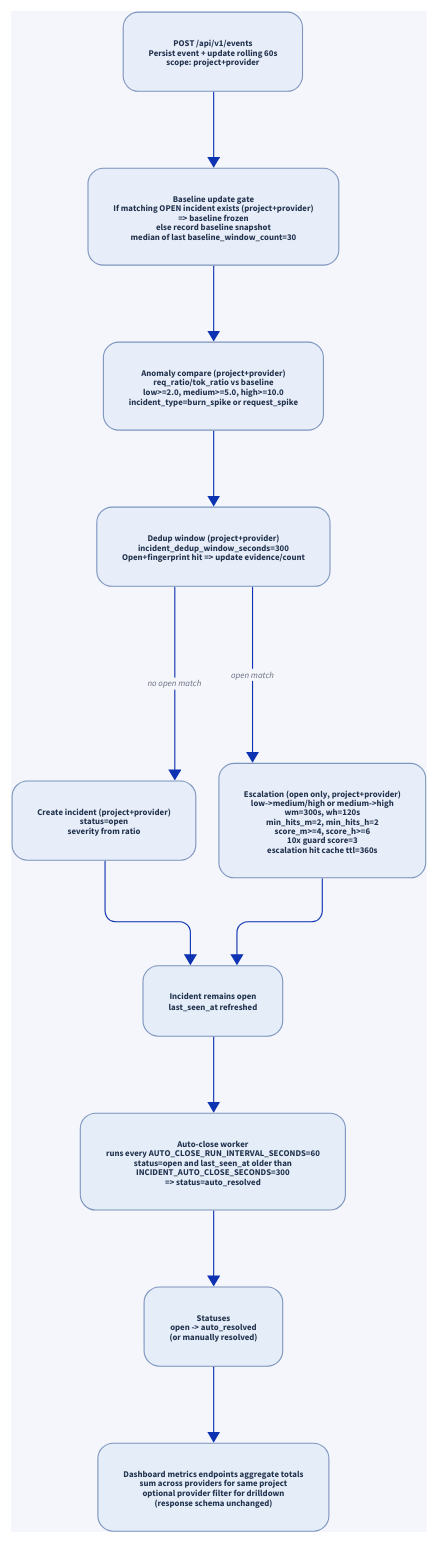
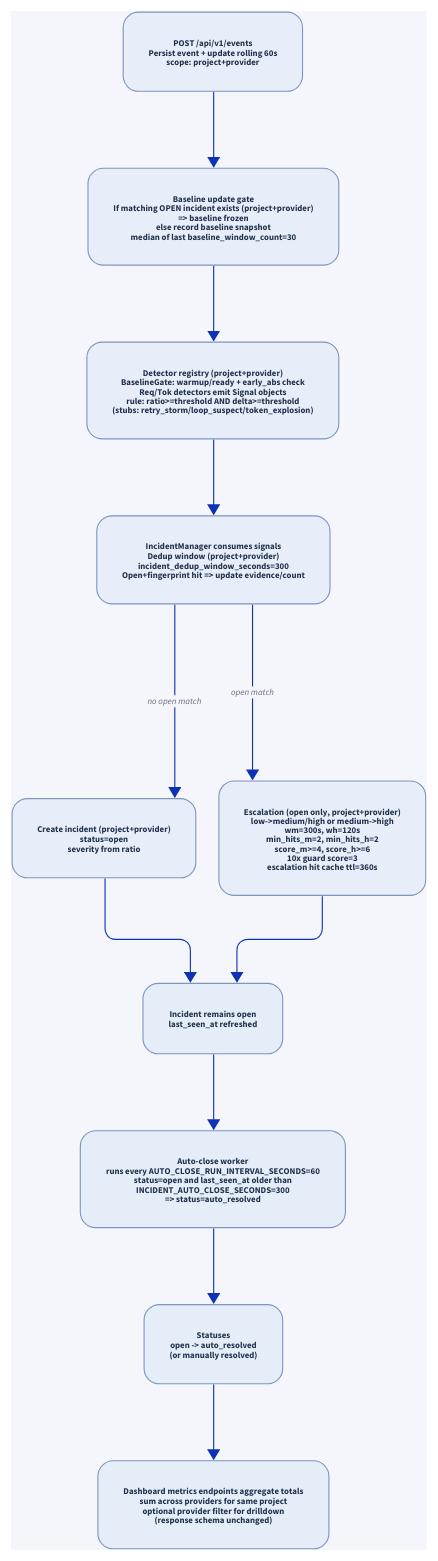
Before and after one commit to MichaelTelvin/Rheonic: the diagram in docs/architecture/incident_flow.d2, drawn with D2. The commit also changed 34 other files, not shown here.

Commit message:
refactor incident pipeline to use central manager for detectors

```diff
--- a/docs/architecture/incident_flow.d2
+++ b/docs/architecture/incident_flow.d2
@@ -1,184 +1,184 @@
 direction: down
 
 vars: {
   d2-config: {
     pad: 22
     sketch: false
     layout-engine: elk
   }
 }
 
 style: {
   fill: "#f4f6fb"
 }
 
 ingest: "POST /api/v1/events\nPersist event + update rolling 60s\nscope: project+provider" {
   style: {
     fill: "#e8eef9"
     stroke: "#7e95be"
     font-color: "#21324d"
     border-radius: 14
     font-size: 8
     stroke-width: 1
   }
 }
 
 baseline: "Baseline update gate\nIf matching OPEN incident exists (project+provider)\n=> baseline frozen\nelse record baseline snapshot\nmedian of last baseline_window_count=30" {
   style: {
     fill: "#e8eef9"
     stroke: "#7e95be"
     font-color: "#21324d"
     border-radius: 14
     font-size: 8
     stroke-width: 1
   }
 }
 
-detect: "Anomaly compare (project+provider)\nreq_ratio/tok_ratio vs baseline\nlow>=2.0, medium>=5.0, high>=10.0\nincident_type=burn_spike or request_spike" {
+detect: "Detector registry (project+provider)\nBaselineGate: warmup/ready + early_abs check\nReq/Tok detectors emit Signal objects\nrule: ratio>=threshold AND delta>=threshold\n(stubs: retry_storm/loop_suspect/token_explosion)" {
   style: {
     fill: "#e8eef9"
     stroke: "#7e95be"
     font-color: "#21324d"
     border-radius: 14
     font-size: 8
     stroke-width: 1
   }
 }
 
-dedup: "Dedup window (project+provider)\nincident_dedup_window_seconds=300\nOpen+fingerprint hit => update evidence/count" {
+dedup: "IncidentManager consumes signals\nDedup window (project+provider)\nincident_dedup_window_seconds=300\nOpen+fingerprint hit => update evidence/count" {
   style: {
     fill: "#e8eef9"
     stroke: "#7e95be"
     font-color: "#21324d"
     border-radius: 14
     font-size: 8
     stroke-width: 1
   }
 }
 
 create: "Create incident (project+provider)\nstatus=open\nseverity from ratio" {
   style: {
     fill: "#e8eef9"
     stroke: "#7e95be"
     font-color: "#21324d"
     border-radius: 14
     font-size: 8
     stroke-width: 1
   }
 }
 
 escalate: "Escalation (open only, project+provider)\nlow->medium/high or medium->high\nwm=300s, wh=120s\nmin_hits_m=2, min_hits_h=2\nscore_m>=4, score_h>=6\n10x guard score=3\nescalation hit cache ttl=360s" {
   style: {
     fill: "#e8eef9"
     stroke: "#7e95be"
     font-color: "#21324d"
     border-radius: 14
     font-size: 8
     stroke-width: 1
   }
 }
 
 keep_open: "Incident remains open\nlast_seen_at refreshed" {
   style: {
     fill: "#e4edf8"
     stroke: "#7e95be"
     font-color: "#21324d"
     border-radius: 14
     font-size: 8
     stroke-width: 1
   }
 }
 
 auto_close: "Auto-close worker\nruns every AUTO_CLOSE_RUN_INTERVAL_SECONDS=60\nstatus=open and last_seen_at older than\nINCIDENT_AUTO_CLOSE_SECONDS=300\n=> status=auto_resolved" {
   style: {
     fill: "#e4edf8"
     stroke: "#7e95be"
     font-color: "#21324d"
     border-radius: 14
     font-size: 8
     stroke-width: 1
   }
 }
 
 resolved: "Statuses\nopen -> auto_resolved\n(or manually resolved)" {
   style: {
     fill: "#e4edf8"
     stroke: "#7e95be"
     font-color: "#21324d"
     border-radius: 14
     font-size: 8
     stroke-width: 1
   }
 }
 
 aggregate: "Dashboard metrics endpoints aggregate totals\nsum across providers for same project\noptional provider filter for drilldown\n(response schema unchanged)" {
   style: {
     fill: "#e4edf8"
     stroke: "#7e95be"
     font-color: "#21324d"
     border-radius: 14
     font-size: 8
     stroke-width: 1
   }
 }
 
 ingest -> baseline: {
   style: {
     stroke-width: 1
     font-size: 8
   }
 }
 baseline -> detect: {
   style: {
     stroke-width: 1
     font-size: 8
   }
 }
 detect -> dedup: {
   style: {
     stroke-width: 1
     font-size: 8
   }
 }
 dedup -> create: "no open match" {
   style: {
     stroke-width: 1
     font-size: 8
   }
 }
 dedup -> escalate: "open match" {
   style: {
     stroke-width: 1
     font-size: 8
   }
 }
 create -> keep_open: {
   style: {
     stroke-width: 1
     font-size: 8
   }
 }
 escalate -> keep_open: {
   style: {
     stroke-width: 1
     font-size: 8
   }
 }
 keep_open -> auto_close: {
   style: {
     stroke-width: 1
     font-size: 8
   }
 }
 auto_close -> resolved: {
   style: {
     stroke-width: 1
     font-size: 8
   }
 }
 resolved -> aggregate: {
   style: {
     stroke-width: 1
     font-size: 8
   }
 }
```
